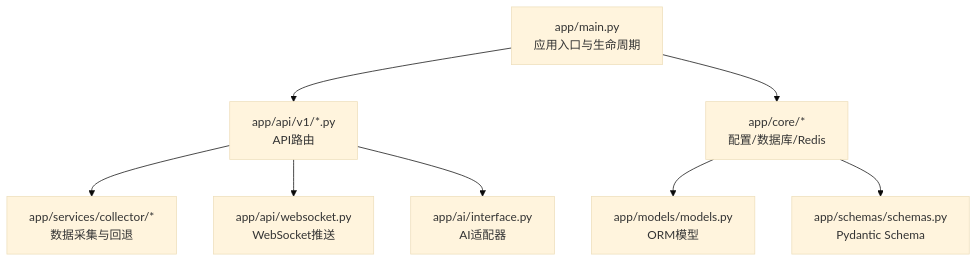
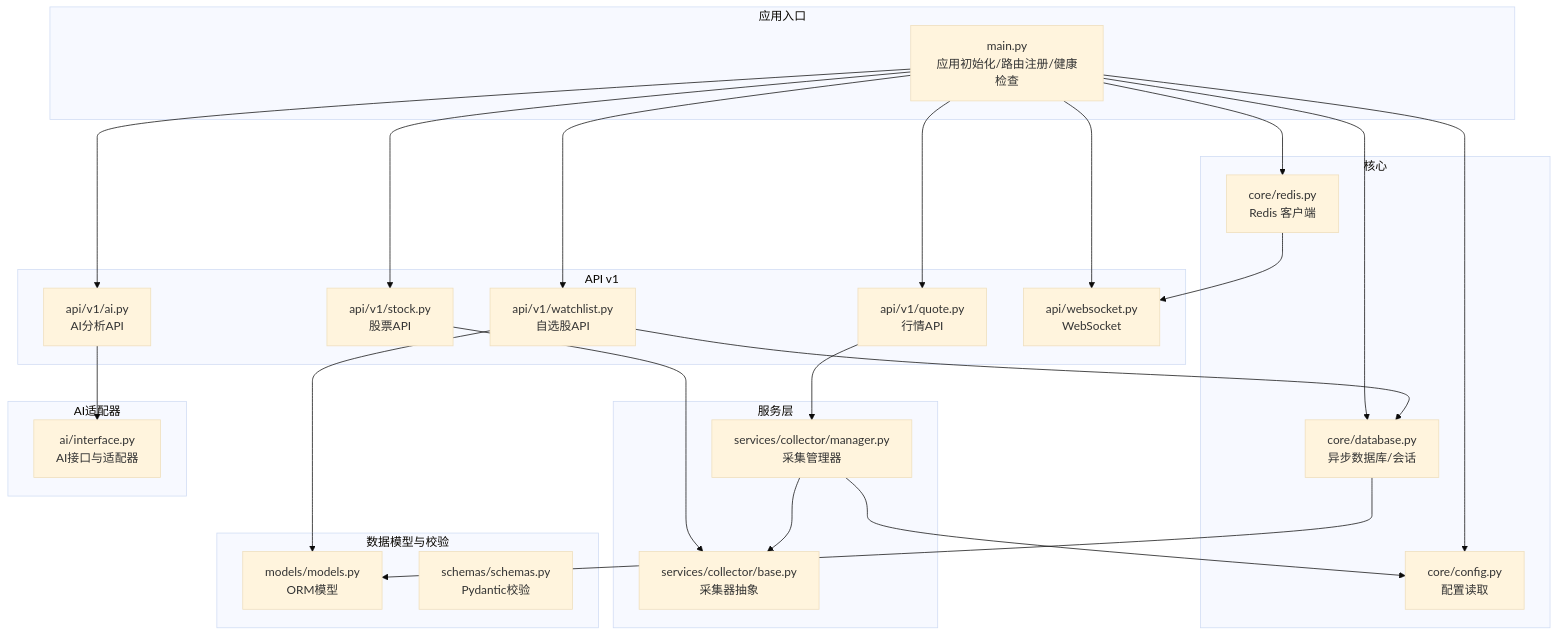
Before and after one commit to We3le7/stock-view: the first of 7 diagrams in .qoder/repowiki/zh/content/后端开发/后端开发.md, drawn with Mermaid (base theme). The commit also changed other lines of this file and 142 other files, not shown here.

````diff
--- a/.qoder/repowiki/zh/content/后端开发/后端开发.md
+++ b/.qoder/repowiki/zh/content/后端开发/后端开发.md
@@ -40,10 +49,46 @@
 ```mermaid
 graph TB
-A["app/main.py<br/>应用入口与生命周期"] --> B["app/api/v1/*.py<br/>API路由"]
-A --> C["app/core/*<br/>配置/数据库/Redis"]
-B --> D["app/services/collector/*<br/>数据采集与回退"]
-B --> E["app/api/websocket.py<br/>WebSocket推送"]
-B --> F["app/ai/interface.py<br/>AI适配器"]
-C --> G["app/models/models.py<br/>ORM模型"]
-C --> H["app/schemas/schemas.py<br/>Pydantic Schema"]
+subgraph "应用入口"
+M["main.py<br/>应用初始化/路由注册/健康检查"]
+end
+subgraph "核心"
+C["core/config.py<br/>配置读取"]
+D["core/database.py<br/>异步数据库/会话"]
+R["core/redis.py<br/>Redis 客户端"]
+end
+subgraph "API v1"
+Q["api/v1/quote.py<br/>行情API"]
+S["api/v1/stock.py<br/>股票API"]
+W["api/v1/watchlist.py<br/>自选股API"]
+A["api/v1/ai.py<br/>AI分析API"]
+WS["api/websocket.py<br/>WebSocket"]
+end
+subgraph "服务层"
+CM["services/collector/manager.py<br/>采集管理器"]
+CB["services/collector/base.py<br/>采集器抽象"]
+end
+subgraph "数据模型与校验"
+MD["models/models.py<br/>ORM模型"]
+SC["schemas/schemas.py<br/>Pydantic校验"]
+end
+subgraph "AI适配器"
+AI["ai/interface.py<br/>AI接口与适配器"]
+end
+M --> C
+M --> D
+M --> R
+M --> Q
+M --> S
+M --> W
+M --> A
+M --> WS
+Q --> CM
+S --> CB
+W --> D
+W --> MD
+A --> AI
+CM --> CB
+CM --> C
+D --> MD
+R --> WS
 ```
````
